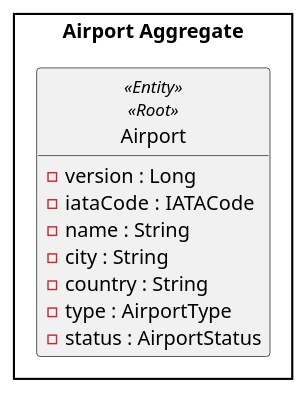
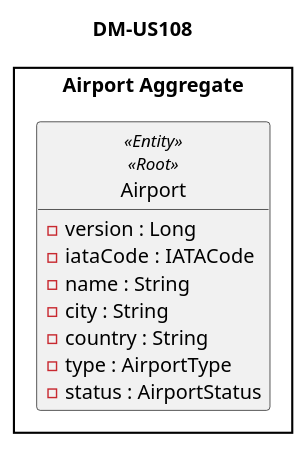
One commit to anamartasilvaa/PSOFT_AISafe_Flight changed the diagram in docs/WP#2A-Airports/US108/US108-DM.puml. Above: the diagram before and after it, drawn with PlantUML. The commit also changed 39 other files, not shown here.

Commit message:
Títulos nos diagramas

```diff
--- a/docs/WP#2A-Airports/US108/US108-DM.puml
+++ b/docs/WP#2A-Airports/US108/US108-DM.puml
@@ -1,17 +1,18 @@
 @startuml
 skinparam style strictuml
 skinparam packageStyle rectangle
 hide empty members
+title DM-US108
 
 package "Airport Aggregate" {
     class Airport <<Entity>> <<Root>> {
         - version : Long
         - iataCode : IATACode
         - name : String
         - city : String
         - country : String
         - type : AirportType
         - status : AirportStatus
     }
 }
 @enduml
```
